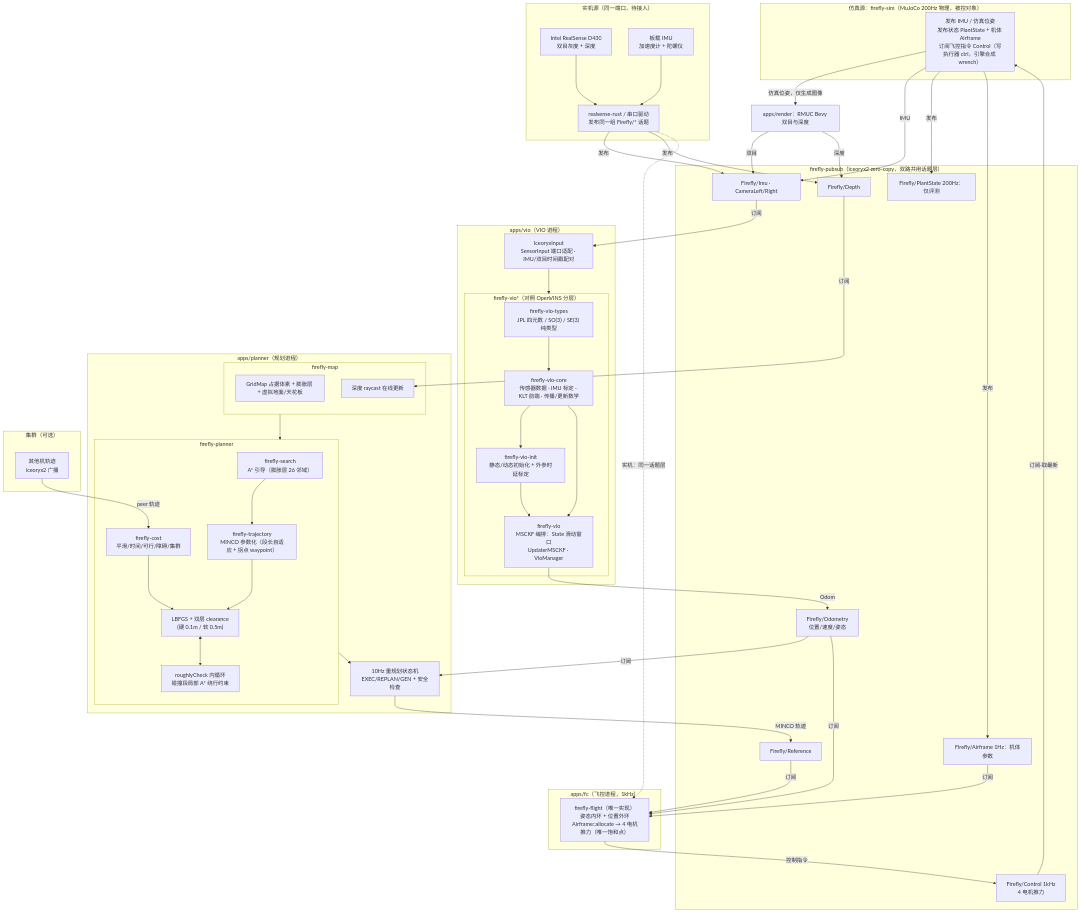
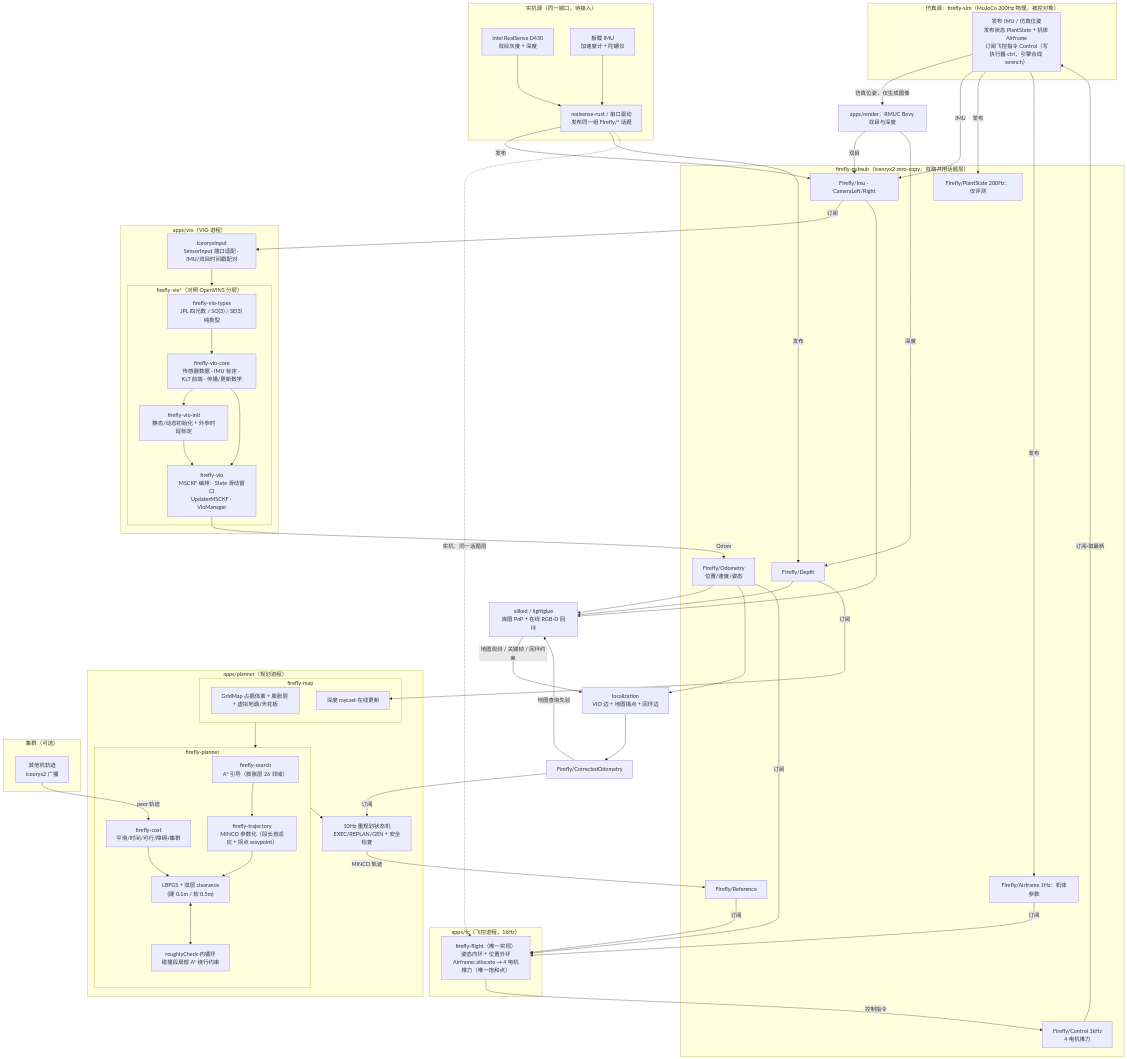
The first of 2 diagrams in docs/architecture.md (3SE-Competitive-Robotics-Team/firefly), drawn with Mermaid before and after one commit. The commit also changed other lines of this file and 23 other files, not shown here.

Commit message:
feat(localization): add verified online RGB-D loops and a four-DoF pose graph

```diff
--- a/docs/architecture.md
+++ b/docs/architecture.md
@@ -83,7 +84,17 @@
     end
 
     MSCKF -->|Odom| TOPIC_ODOM
-    TOPIC_ODOM -->|订阅| FSM
+    VISUAL["aliked / lightglue<br/>库图 PnP + 在线 RGB-D 回环"]
+    LOC["localization<br/>VIO 边 + 地图锚点 + 回环边"]
+    TOPIC_MAP_ODOM["Firefly/CorrectedOdometry"]
+    TOPIC_SENS --> VISUAL
+    TOPIC_DEPTH --> VISUAL
+    TOPIC_ODOM --> VISUAL
+    TOPIC_ODOM --> LOC
+    VISUAL -->|地图观测 / 关键帧 / 回环约束| LOC
+    LOC --> TOPIC_MAP_ODOM
+    TOPIC_MAP_ODOM -->|地图查询先验| VISUAL
+    TOPIC_MAP_ODOM -->|订阅| FSM
     TOPIC_DEPTH -->|订阅| RAY
     PEER -->|peer 轨迹| COST
     FSM -->|MINCO 轨迹| TOPIC_REF
```
